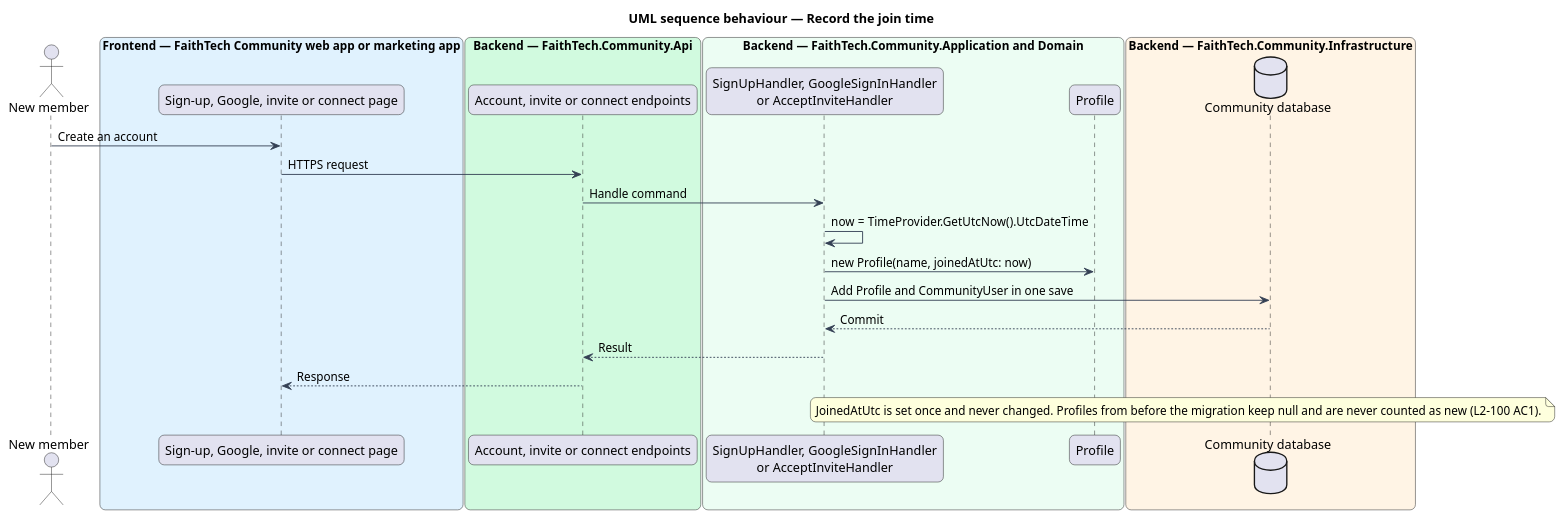
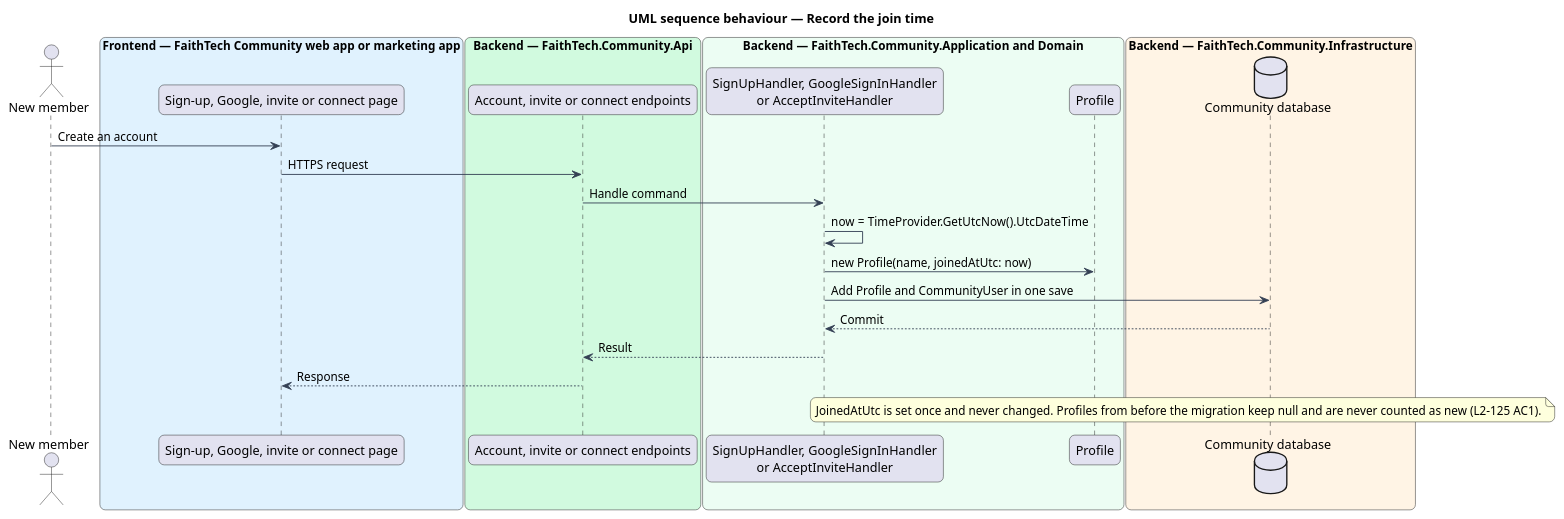
One commit to QuinntyneBrown/faithtech-community changed the diagram in docs/detailed-designs/reports/reports-dashboard/diagrams/sequence-record-join-time.puml. Above: the diagram before and after it, drawn with PlantUML. The commit also changed 243 other files, not shown here.

```diff
--- a/docs/detailed-designs/reports/reports-dashboard/diagrams/sequence-record-join-time.puml
+++ b/docs/detailed-designs/reports/reports-dashboard/diagrams/sequence-record-join-time.puml
@@ -1,41 +1,41 @@
 @startuml
 title UML sequence behaviour — Record the join time
 skinparam backgroundColor #FFFFFF
 skinparam shadowing false
 skinparam roundcorner 12
 skinparam defaultFontName Arial
 skinparam ArrowColor #344054
 skinparam rectangle {
   BorderColor #344054
   FontColor #101828
 }
 skinparam package {
   BorderColor #667085
   FontColor #101828
   BackgroundColor #F9FAFB
 }
 actor "New member" as actor
 box "Frontend — FaithTech Community web app or marketing app" #E0F2FE
   participant "Sign-up, Google, invite or connect page" as page
 end box
 box "Backend — FaithTech.Community.Api" #D1FADF
   participant "Account, invite or connect endpoints" as ep
 end box
 box "Backend — FaithTech.Community.Application and Domain" #ECFDF3
   participant "SignUpHandler, GoogleSignInHandler\nor AcceptInviteHandler" as h
   participant "Profile" as profile
 end box
 box "Backend — FaithTech.Community.Infrastructure" #FFF4E5
   database "Community database" as db
 end box
 actor -> page : Create an account
 page -> ep : HTTPS request
 ep -> h : Handle command
 h -> h : now = TimeProvider.GetUtcNow().UtcDateTime
 h -> profile : new Profile(name, joinedAtUtc: now)
 h -> db : Add Profile and CommunityUser in one save
 db --> h : Commit
 h --> ep : Result
 ep --> page : Response
-note over profile, db : JoinedAtUtc is set once and never changed. Profiles from before the migration keep null and are never counted as new (L2-100 AC1).
+note over profile, db : JoinedAtUtc is set once and never changed. Profiles from before the migration keep null and are never counted as new (L2-125 AC1).
 @enduml
```
